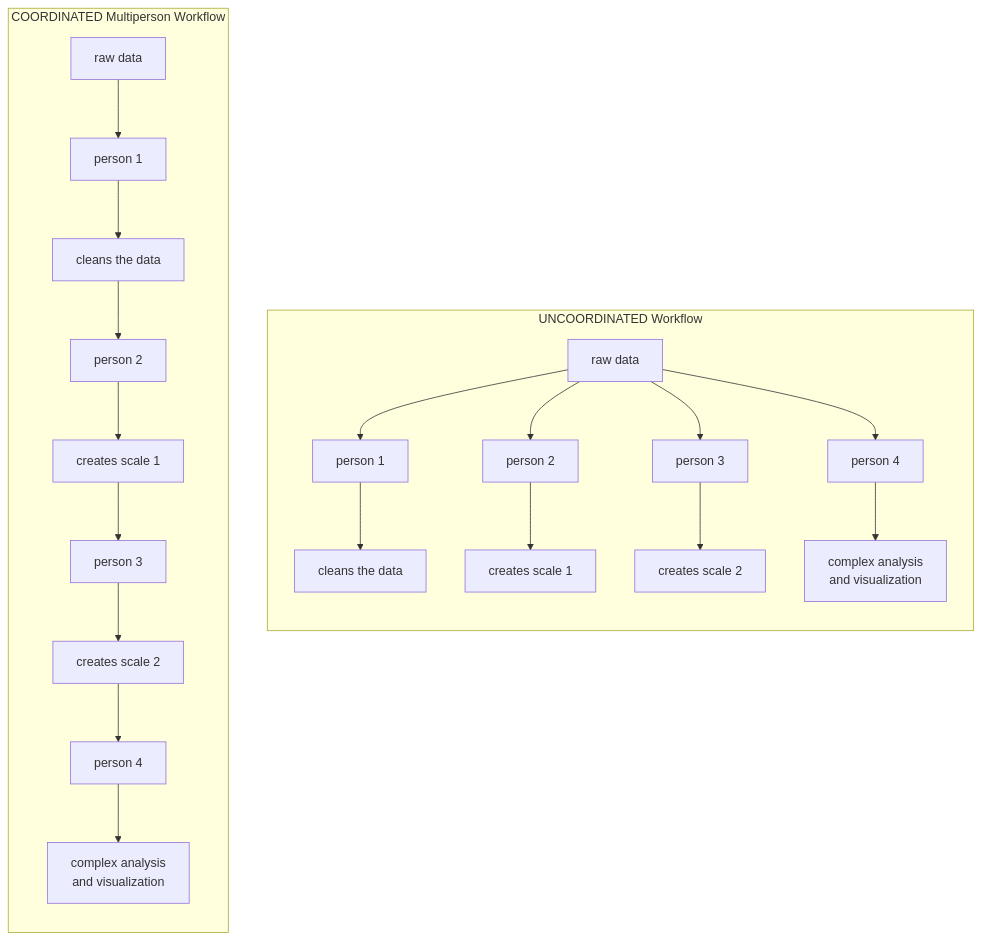
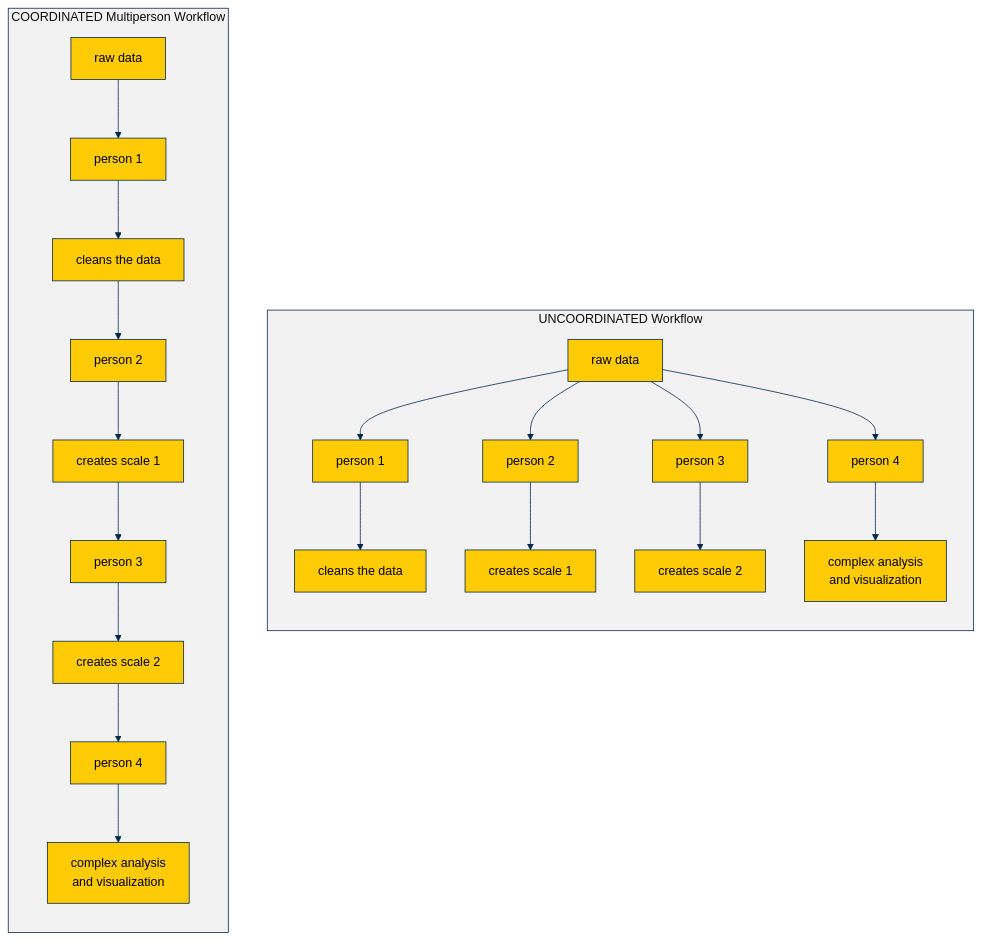
One commit to agrogan1/teaching changed the second of 2 diagrams in workflow/workflow.qmd. Above: the diagram before and after it, drawn with Mermaid. The commit also changed other lines of this file and 2 other files, not shown here.

Commit message:
added figure labels & colors from MICS-DAG

````diff
--- a/workflow/workflow.qmd
+++ b/workflow/workflow.qmd
@@ -235,5 +251,22 @@
 ```{mermaid}
+%%| fig-cap: "Complex Data Workflows"
 %%| fig-width: 7
+%%| label: fig-complex-workflows
+%%{
+  init: {
+    'theme': 'base',
+    'themeVariables': {
+      'primaryColor': '#FFCB05',
+      'primaryTextColor': '#000000',
+      'primaryBorderColor': '#00274C',
+      'lineColor': '#00274C',
+      'secondaryColor': '#00274C',
+      'secondaryTextColor': '#000000',
+      'tertiaryColor': '#F2F2F2',
+      'tertiaryBorderColor': '#00274C'
+    }
+  }
+}%%
 
 flowchart TB 
 
@@ -271,9 +304,9 @@
 
 person4B[person 4]
 
-complexanalysisA[complex analysis \nand visualization]
+complexanalysisA[complex analysis <br>and visualization]
 
-complexanalysisB[complex analysis \nand visualization]
+complexanalysisB[complex analysis <br>and visualization]
 
 subgraph "UNCOORDINATED Workflow" 
 
````
